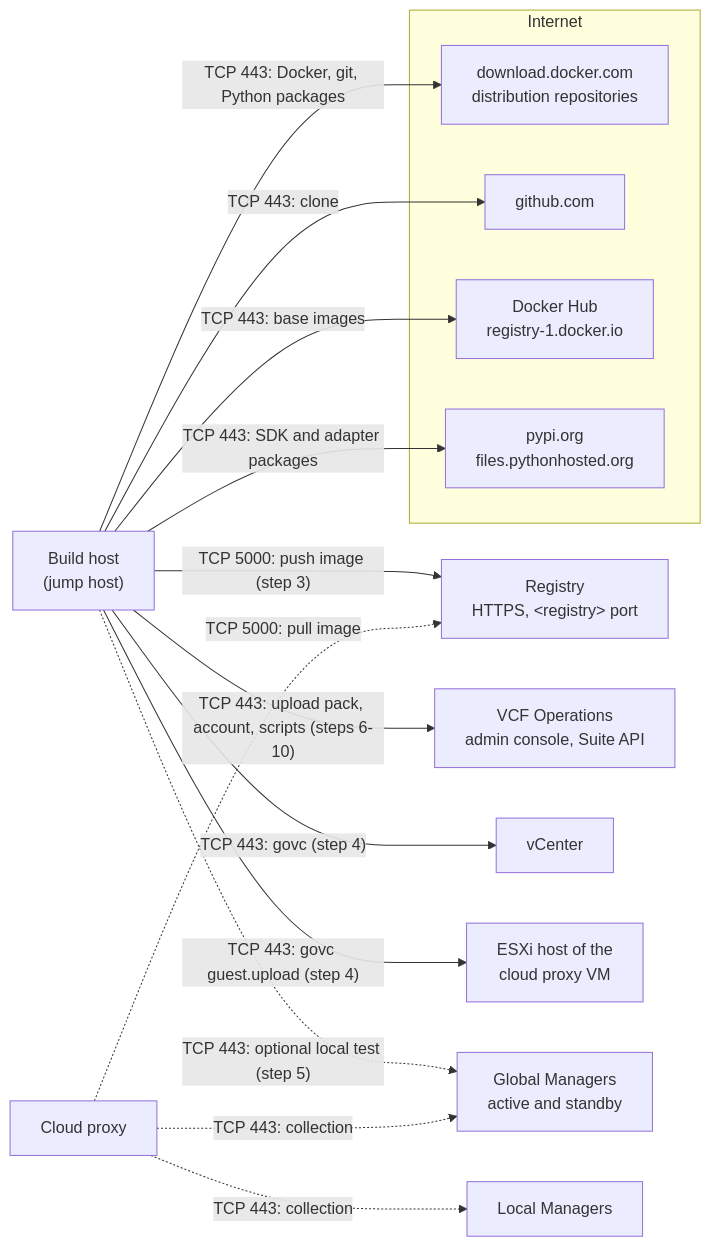
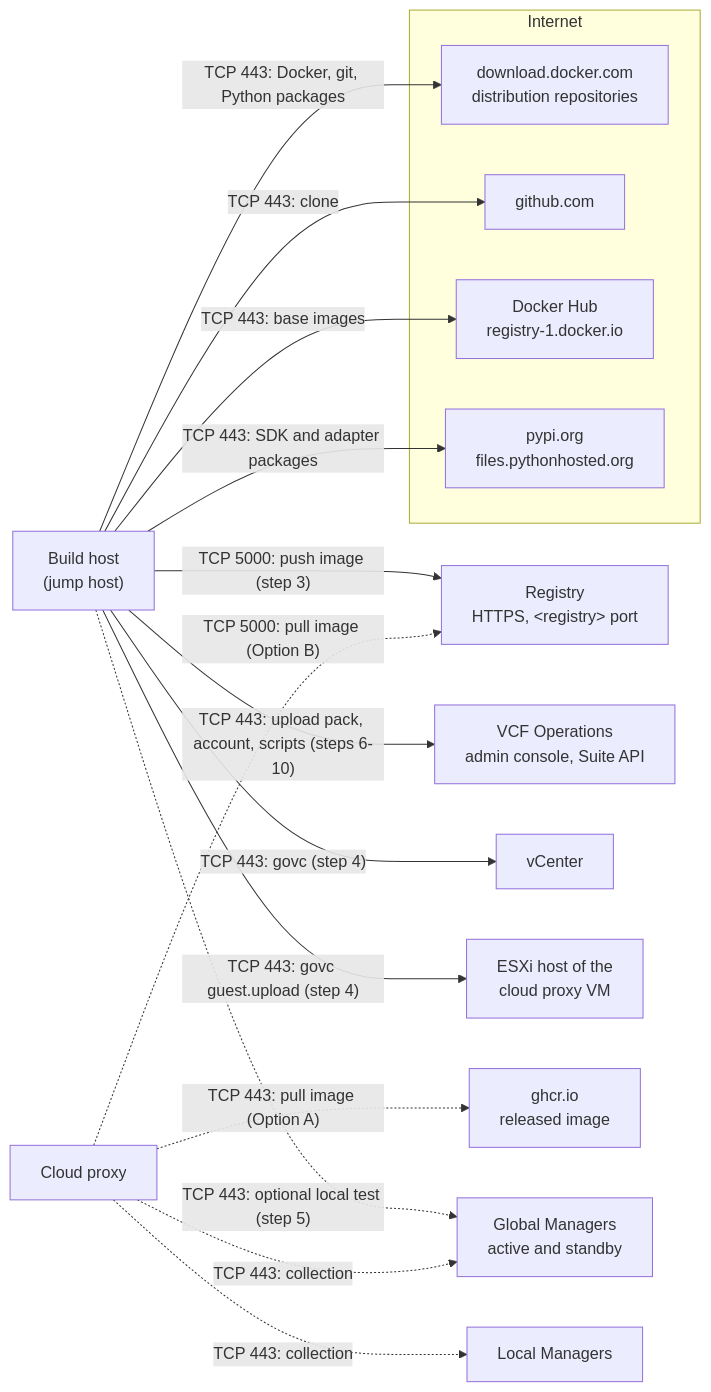
One commit to sorinplaton/vcf-ops-nsx-federation-mp changed the diagram in docs/INSTALL.md. Above: the diagram before and after it, drawn with Mermaid. The commit also changed other lines of this file and 3 other files, not shown here.

First line of the commit message:
Install guide: Option A, download the released pack (image on ghcr.io)

````diff
--- a/docs/INSTALL.md
+++ b/docs/INSTALL.md
@@ -24,30 +41,32 @@
 ```mermaid
 flowchart LR
   subgraph NET["Internet"]
     PKG["download.docker.com<br/>distribution repositories"]
     GH["github.com"]
     HUB["Docker Hub<br/>registry-1.docker.io"]
     PYPI["pypi.org<br/>files.pythonhosted.org"]
   end
   BH["Build host<br/>(jump host)"]
   REG["Registry<br/>HTTPS, &lt;registry&gt; port"]
   OPS["VCF Operations<br/>admin console, Suite API"]
   VC["vCenter"]
   ESX["ESXi host of the<br/>cloud proxy VM"]
   CP["Cloud proxy"]
+  GHCR["ghcr.io<br/>released image"]
   GM["Global Managers<br/>active and standby"]
   LM["Local Managers"]
 
   BH -->|"TCP 443: Docker, git, Python packages"| PKG
   BH -->|"TCP 443: clone"| GH
   BH -->|"TCP 443: base images"| HUB
   BH -->|"TCP 443: SDK and adapter packages"| PYPI
   BH -->|"TCP 5000: push image (step 3)"| REG
   BH -->|"TCP 443: upload pack, account, scripts (steps 6-10)"| OPS
   BH -->|"TCP 443: govc (step 4)"| VC
   BH -->|"TCP 443: govc guest.upload (step 4)"| ESX
   BH -.->|"TCP 443: optional local test (step 5)"| GM
-  CP -.->|"TCP 5000: pull image"| REG
+  CP -.->|"TCP 5000: pull image (Option B)"| REG
+  CP -.->|"TCP 443: pull image (Option A)"| GHCR
   CP -.->|"TCP 443: collection"| GM
   CP -.->|"TCP 443: collection"| LM
 ```
````
